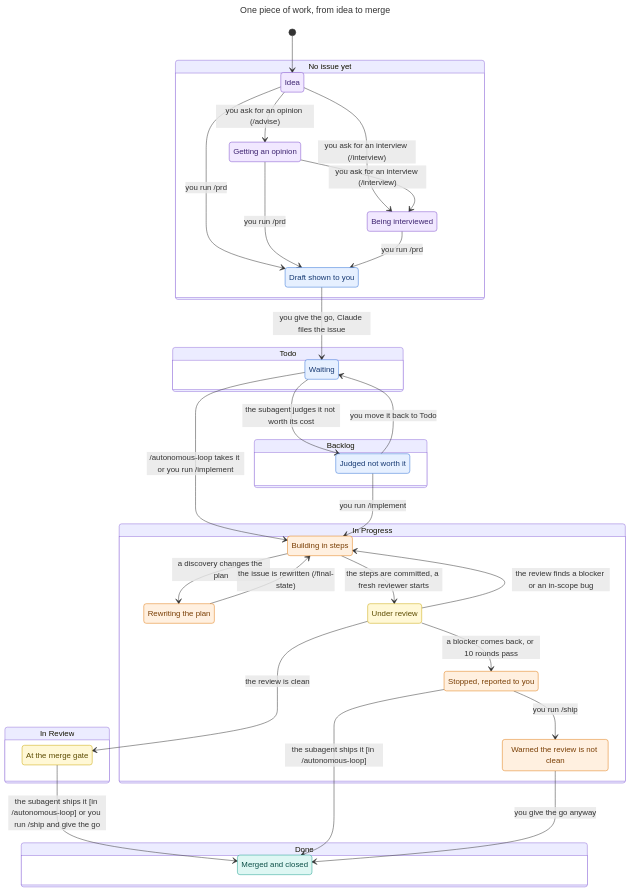
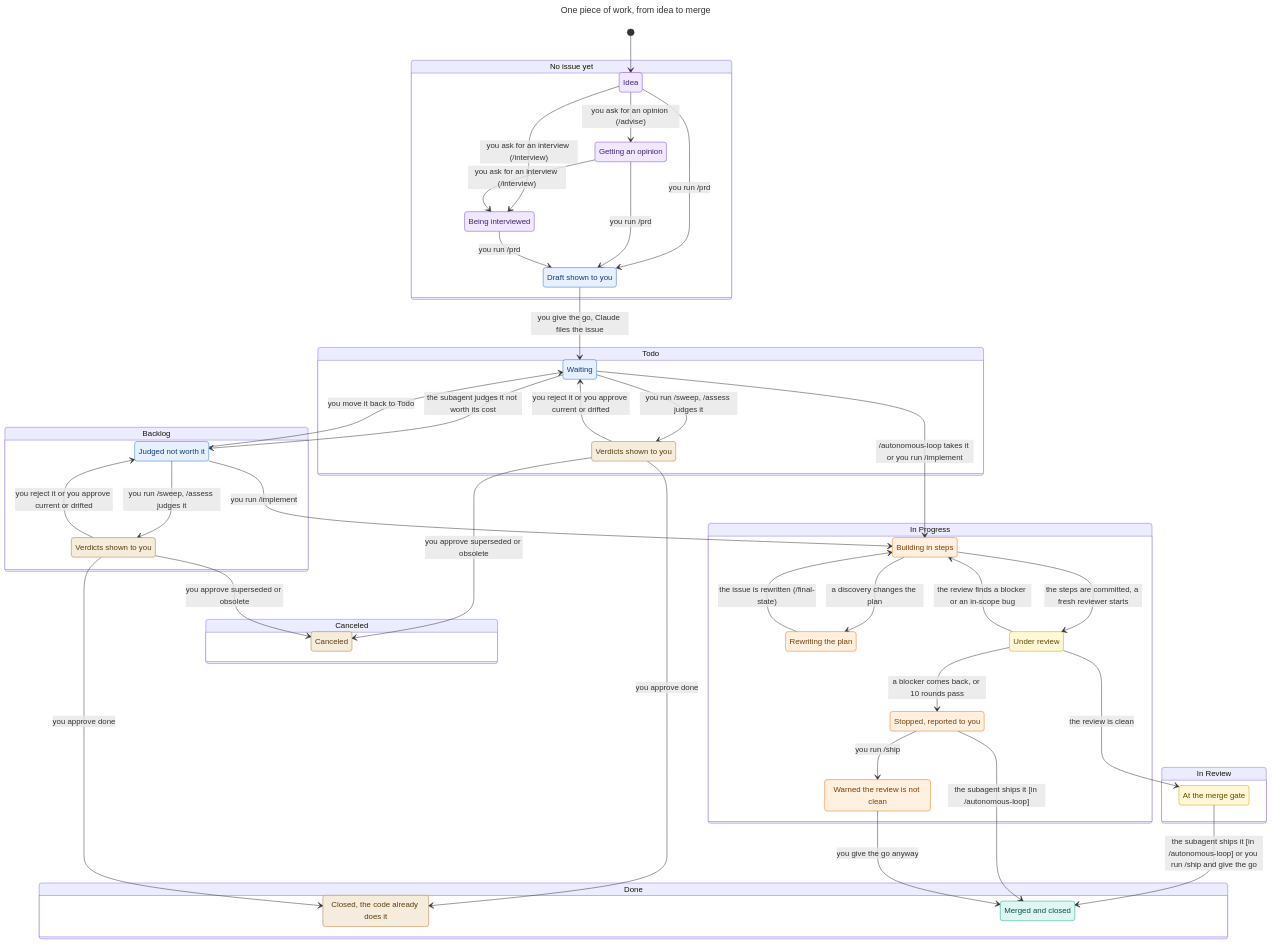
The diagram in README.md (felipeam86/pipe-skills), drawn with Mermaid before and after one commit. The commit also changed other lines of this file and 4 other files, not shown here.

````diff
--- a/README.md
+++ b/README.md
@@ -55,22 +56,28 @@
   }
   state "Todo" as s5 {
     s6: Waiting
+    s7: Verdicts shown to you
   }
-  state "In Progress" as s7 {
-    s8: Building in steps
-    s9: Rewriting the plan
-    s10: Under review
-    s11: Stopped, reported to you
-    s12: Warned the review is not clean
+  state "In Progress" as s8 {
+    s9: Building in steps
+    s10: Rewriting the plan
+    s11: Under review
+    s12: Stopped, reported to you
+    s13: Warned the review is not clean
   }
-  state "Backlog" as s13 {
-    s14: Judged not worth it
+  state "Backlog" as s14 {
+    s15: Judged not worth it
+    s16: Verdicts shown to you
   }
-  state "In Review" as s15 {
-    s16: At the merge gate
+  state "Canceled" as s17 {
+    s18: Canceled
   }
-  state "Done" as s17 {
-    s18: Merged and closed
+  state "Done" as s19 {
+    s20: Closed, the code already does it
+    s21: Merged and closed
+  }
+  state "In Review" as s22 {
+    s23: At the merge gate
   }
   [*] --> s1
   s1 --> s2: you ask for an opinion (/advise)
@@ -80,36 +87,49 @@
   s2 --> s4: you ask for an interview (/interview)
   s3 --> s6: you give the go, Claude files the issue
   s4 --> s3: you run /prd
-  s6 --> s8: /autonomous-loop takes it or you run /implement
-  s6 --> s14: the subagent judges it not worth its cost
-  s8 --> s9: a discovery changes the plan
-  s8 --> s10: the steps are committed, a fresh reviewer starts
-  s14 --> s6: you move it back to Todo
-  s14 --> s8: you run /implement
-  s9 --> s8: the issue is rewritten (/final-state)
-  s10 --> s8: the review finds a blocker or an in-scope bug
-  s10 --> s16: the review is clean
-  s10 --> s11: a blocker comes back, or 10 rounds pass
-  s16 --> s18: the subagent ships it [in /autonomous-loop] or you run /ship and give the go
-  s11 --> s18: the subagent ships it [in /autonomous-loop]
-  s11 --> s12: you run /ship
-  s12 --> s18: you give the go anyway
+  s6 --> s9: /autonomous-loop takes it or you run /implement
+  s6 --> s15: the subagent judges it not worth its cost
+  s6 --> s7: you run /sweep, /assess judges it
+  s9 --> s10: a discovery changes the plan
+  s9 --> s11: the steps are committed, a fresh reviewer starts
+  s15 --> s6: you move it back to Todo
+  s15 --> s9: you run /implement
+  s15 --> s16: you run /sweep, /assess judges it
+  s7 --> s6: you reject it or you approve current or drifted
+  s7 --> s18: you approve superseded or obsolete
+  s7 --> s20: you approve done
+  s10 --> s9: the issue is rewritten (/final-state)
+  s11 --> s9: the review finds a blocker or an in-scope bug
+  s11 --> s23: the review is clean
+  s11 --> s12: a blocker comes back, or 10 rounds pass
+  s16 --> s15: you reject it or you approve current or drifted
+  s16 --> s18: you approve superseded or obsolete
+  s16 --> s20: you approve done
+  s23 --> s21: the subagent ships it [in /autonomous-loop] or you run /ship and give the go
+  s12 --> s21: the subagent ships it [in /autonomous-loop]
+  s12 --> s13: you run /ship
+  s13 --> s21: you give the go anyway
   classDef purple fill:#f1e8ff,stroke:#7c4dcc,color:#3d2370
   classDef blue fill:#e6f0ff,stroke:#2f6fd6,color:#173a73
   classDef orange fill:#fff0e0,stroke:#e07a10,color:#7a3f05
   classDef yellow fill:#fff8d6,stroke:#c9a400,color:#5c4b00
   classDef teal fill:#def7f3,stroke:#1a9e8f,color:#0b4f47
+  classDef tan fill:#f5ecdc,stroke:#a6793a,color:#5a3e14
   class s1 purple
   class s2 purple
   class s3 blue
   class s4 purple
   class s6 blue
-  class s8 orange
+  class s7 tan
   class s9 orange
-  class s10 yellow
-  class s11 orange
+  class s10 orange
+  class s11 yellow
   class s12 orange
-  class s14 blue
-  class s16 yellow
-  class s18 teal
+  class s13 orange
+  class s15 blue
+  class s16 tan
+  class s18 tan
+  class s20 tan
+  class s21 teal
+  class s23 yellow
 ```
````
